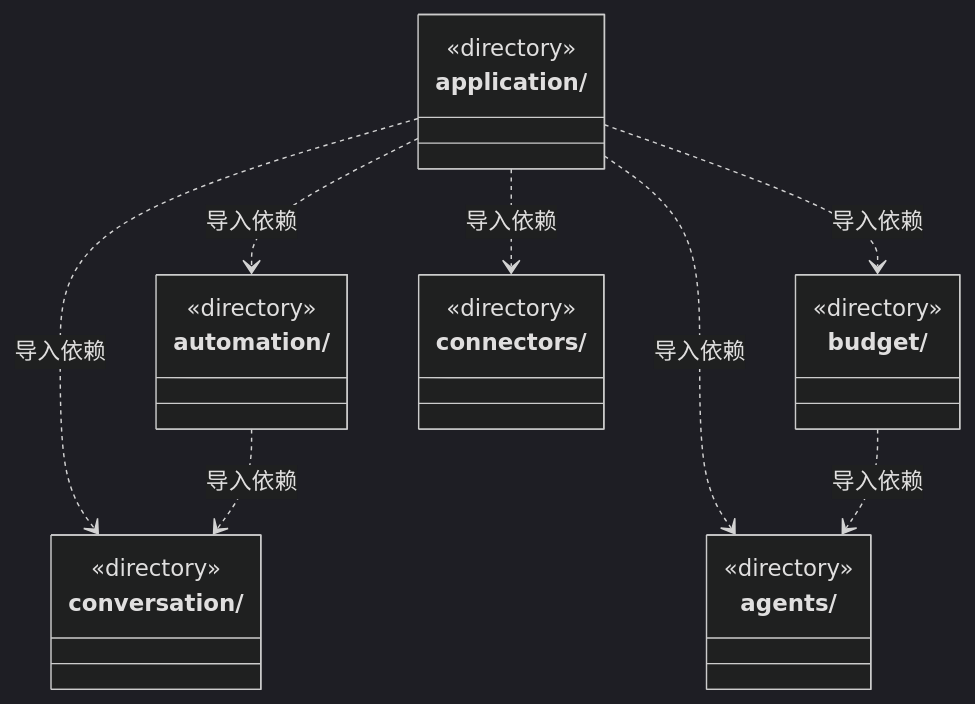
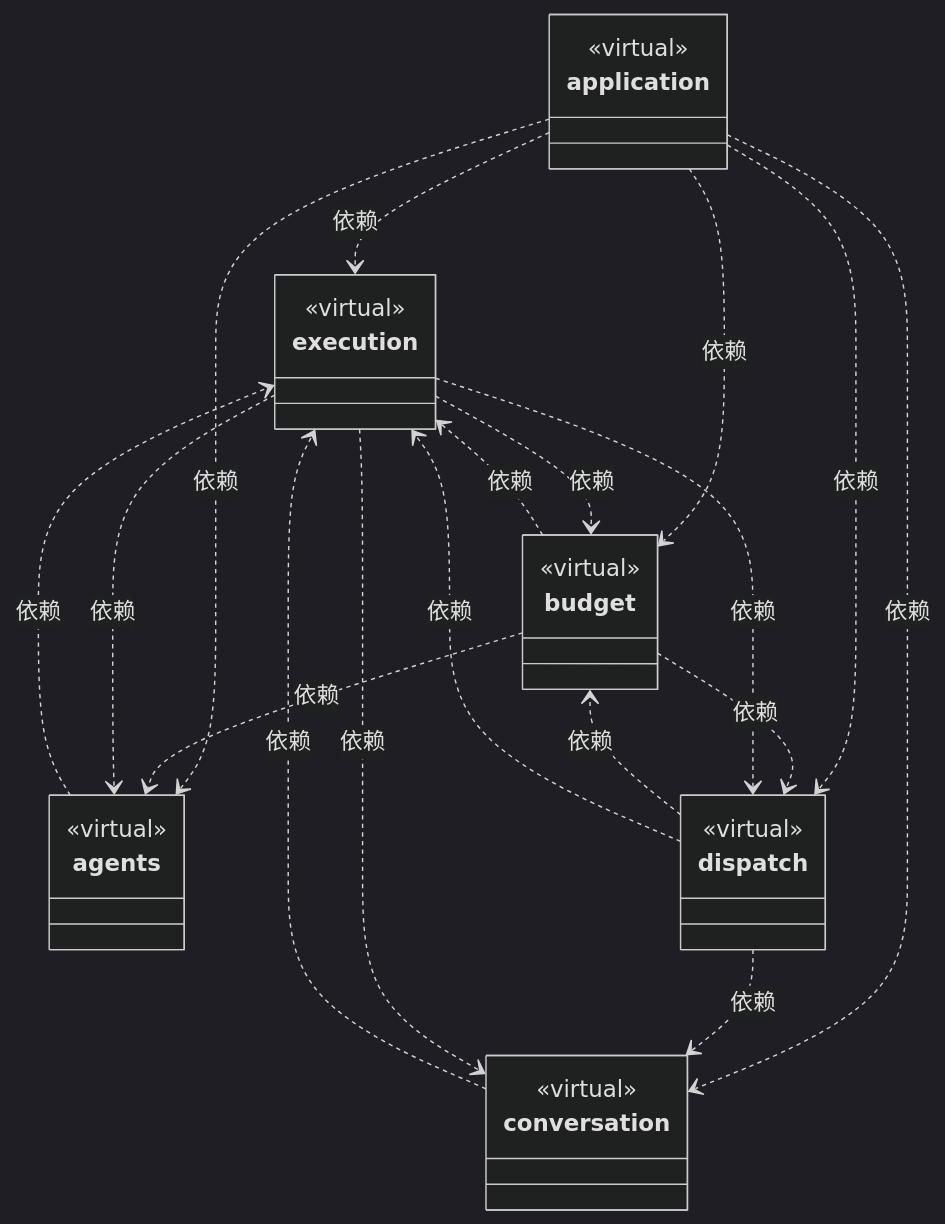
The first of 5 diagrams in src/logic/ARCHITECTURE.md (nan023062/cbim), drawn with Mermaid (dark theme) before and after one commit. The commit also changed other lines of this file and 158 other files, not shown here.

Commit message:
docs: model architecture through nested virtual encapsulations

````diff
--- a/src/logic/ARCHITECTURE.md
+++ b/src/logic/ARCHITECTURE.md
@@ -851,28 +23,44 @@
 ```mermaid
 classDiagram
-class N_src_logic_agents["agents/"] {
-  <<directory>>
+class N_9bb8d52e2465["execution"] {
+  <<virtual>>
 }
-class N_src_logic_application["application/"] {
-  <<directory>>
+click N_9bb8d52e2465 href "execution/ARCHITECTURE.md"
+class N_81f01834f53a["agents"] {
+  <<virtual>>
 }
-class N_src_logic_automation["automation/"] {
-  <<directory>>
+click N_81f01834f53a href "agents/ARCHITECTURE.md"
+class N_90eda1f2990a["application"] {
+  <<virtual>>
 }
-class N_src_logic_budget["budget/"] {
-  <<directory>>
+click N_90eda1f2990a href "application/ARCHITECTURE.md"
+class N_91b17dc200ac["budget"] {
+  <<virtual>>
 }
-class N_src_logic_connectors["connectors/"] {
-  <<directory>>
+click N_91b17dc200ac href "budget/ARCHITECTURE.md"
+class N_653d2c46fc15["conversation"] {
+  <<virtual>>
 }
-class N_src_logic_conversation["conversation/"] {
-  <<directory>>
+click N_653d2c46fc15 href "conversation/ARCHITECTURE.md"
+class N_9867cd81cfd9["dispatch"] {
+  <<virtual>>
 }
-N_src_logic_application ..> N_src_logic_automation : 导入依赖
-N_src_logic_application ..> N_src_logic_budget : 导入依赖
-N_src_logic_application ..> N_src_logic_connectors : 导入依赖
-N_src_logic_application ..> N_src_logic_conversation : 导入依赖
-N_src_logic_application ..> N_src_logic_agents : 导入依赖
-N_src_logic_automation ..> N_src_logic_conversation : 导入依赖
-N_src_logic_budget ..> N_src_logic_agents : 导入依赖
+click N_9867cd81cfd9 href "dispatch/ARCHITECTURE.md"
+N_81f01834f53a ..> N_9bb8d52e2465 : 依赖
+N_90eda1f2990a ..> N_81f01834f53a : 依赖
+N_90eda1f2990a ..> N_91b17dc200ac : 依赖
+N_90eda1f2990a ..> N_653d2c46fc15 : 依赖
+N_90eda1f2990a ..> N_9867cd81cfd9 : 依赖
+N_90eda1f2990a ..> N_9bb8d52e2465 : 依赖
+N_91b17dc200ac ..> N_81f01834f53a : 依赖
+N_91b17dc200ac ..> N_9867cd81cfd9 : 依赖
+N_91b17dc200ac ..> N_9bb8d52e2465 : 依赖
+N_653d2c46fc15 ..> N_9bb8d52e2465 : 依赖
+N_9867cd81cfd9 ..> N_91b17dc200ac : 依赖
+N_9867cd81cfd9 ..> N_653d2c46fc15 : 依赖
+N_9867cd81cfd9 ..> N_9bb8d52e2465 : 依赖
+N_9bb8d52e2465 ..> N_81f01834f53a : 依赖
+N_9bb8d52e2465 ..> N_91b17dc200ac : 依赖
+N_9bb8d52e2465 ..> N_653d2c46fc15 : 依赖
+N_9bb8d52e2465 ..> N_9867cd81cfd9 : 依赖
 ```
````
